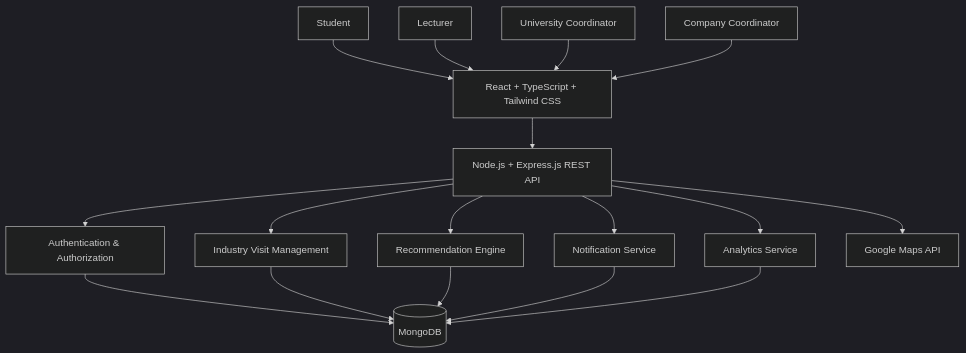
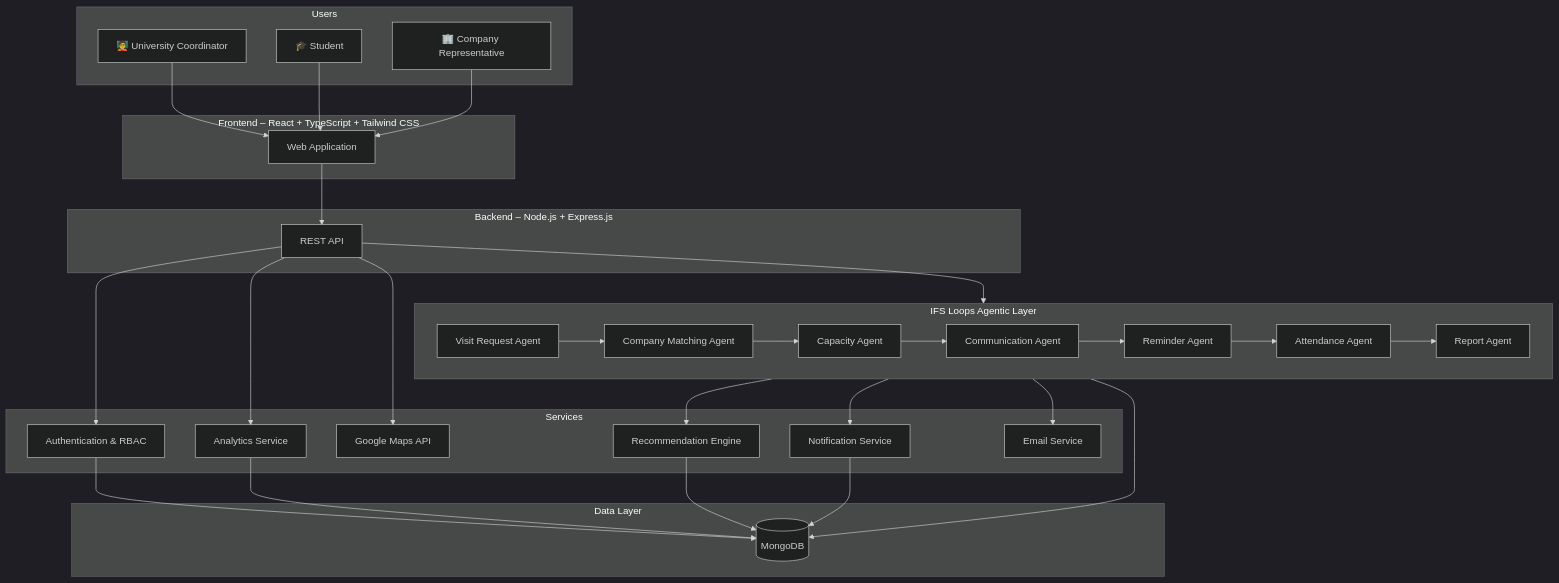
Before and after one commit to WijAnushka02/INDUSTRYxlink: the second of 4 diagrams in README.md, drawn with Mermaid (dark theme). The commit also changed other lines of this file, not shown here.

Commit message:
docs: update README with multi-agent architecture

````diff
--- a/README.md
+++ b/README.md
@@ -262,41 +129,68 @@
 ```mermaid
 flowchart TB
+    subgraph Users
+        Coordinator["🧑‍🏫 University Coordinator"]
+        Student["🎓 Student"]
+        CompanyRep["🏢 Company Representative"]
+    end
 
-    Student[Student]
-    Lecturer[Lecturer]
-    University[University Coordinator]
-    Company[Company Coordinator]
+    subgraph Frontend["Frontend – React + TypeScript + Tailwind CSS"]
+        UI["Web Application"]
+    end
 
-    Frontend[React + TypeScript + Tailwind CSS]
+    subgraph Backend["Backend – Node.js + Express.js"]
+        API["REST API"]
+    end
 
-    API[Node.js + Express.js REST API]
+    subgraph AgenticLayer["IFS Loops Agentic Layer"]
+        VRA["Visit Request Agent"]
+        CMA["Company Matching Agent"]
+        CA["Capacity Agent"]
+        COMA["Communication Agent"]
+        RA["Reminder Agent"]
+        AA["Attendance Agent"]
+        REPA["Report Agent"]
+    end
 
-    Auth[Authentication & Authorization]
-    Visit[Industry Visit Management]
-    Recommendation[Recommendation Engine]
-    Notification[Notification Service]
-    Analytics[Analytics Service]
-    Maps[Google Maps API]
+    subgraph Services
+        Auth["Authentication & RBAC"]
+        Recommendation["Recommendation Engine"]
+        Notification["Notification Service"]
+        Analytics["Analytics Service"]
+        Maps["Google Maps API"]
+        Email["Email Service"]
+    end
 
-    DB[(MongoDB)]
+    subgraph Data["Data Layer"]
+        DB[("MongoDB")]
+    end
 
-    Student --> Frontend
-    Lecturer --> Frontend
-    University --> Frontend
-    Company --> Frontend
+    Coordinator --> UI
+    Student --> UI
+    CompanyRep --> UI
 
-    Frontend --> API
+    UI --> API
 
+    API --> AgenticLayer
     API --> Auth
-    API --> Visit
-    API --> Recommendation
-    API --> Notification
+
+    VRA --> CMA
+    CMA --> CA
+    CA --> COMA
+    COMA --> RA
+    RA --> AA
+    AA --> REPA
+
+    AgenticLayer --> Recommendation
+    AgenticLayer --> Notification
+    AgenticLayer --> Email
+
     API --> Analytics
     API --> Maps
 
     Auth --> DB
-    Visit --> DB
     Recommendation --> DB
     Notification --> DB
     Analytics --> DB
+    AgenticLayer --> DB
 ```
````
